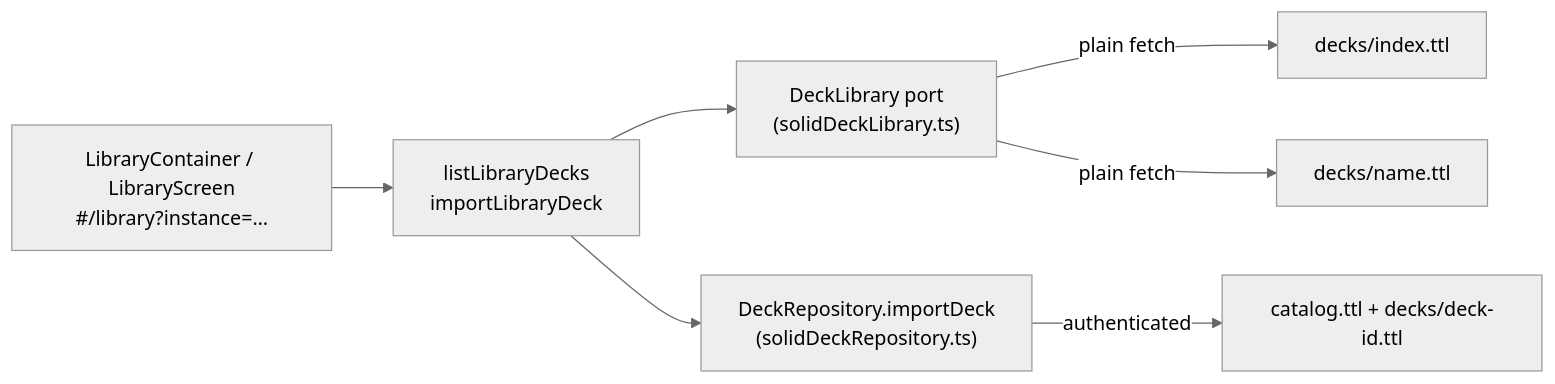
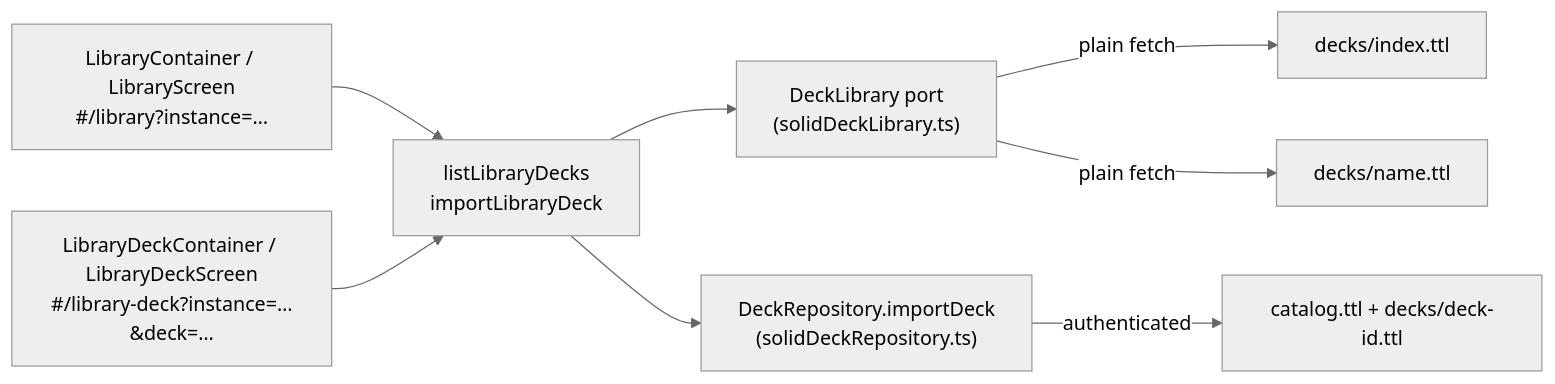
The second of 2 diagrams in docs/deck-library.md (antwika/solid-memo), drawn with Mermaid (neutral theme) before and after one commit. The commit also changed other lines of this file and 41 other files, not shown here.

Commit message:
add library deck pages with card browsing, sources and mailto authors

````diff
--- a/docs/deck-library.md
+++ b/docs/deck-library.md
@@ -117,9 +129,10 @@
 ```mermaid
 flowchart LR
     ui["LibraryContainer / LibraryScreen<br/>#/library?instance=…"] --> uc["listLibraryDecks<br/>importLibraryDeck"]
+    page["LibraryDeckContainer / LibraryDeckScreen<br/>#/library-deck?instance=…&deck=…"] --> uc
     uc --> lib["DeckLibrary port<br/>(solidDeckLibrary.ts)"]
     uc --> repo["DeckRepository.importDeck<br/>(solidDeckRepository.ts)"]
     lib -->|plain fetch| idx["decks/index.ttl"]
     lib -->|plain fetch| doc["decks/name.ttl"]
     repo -->|authenticated| pod["catalog.ttl + decks/deck-id.ttl"]
 ```
````
